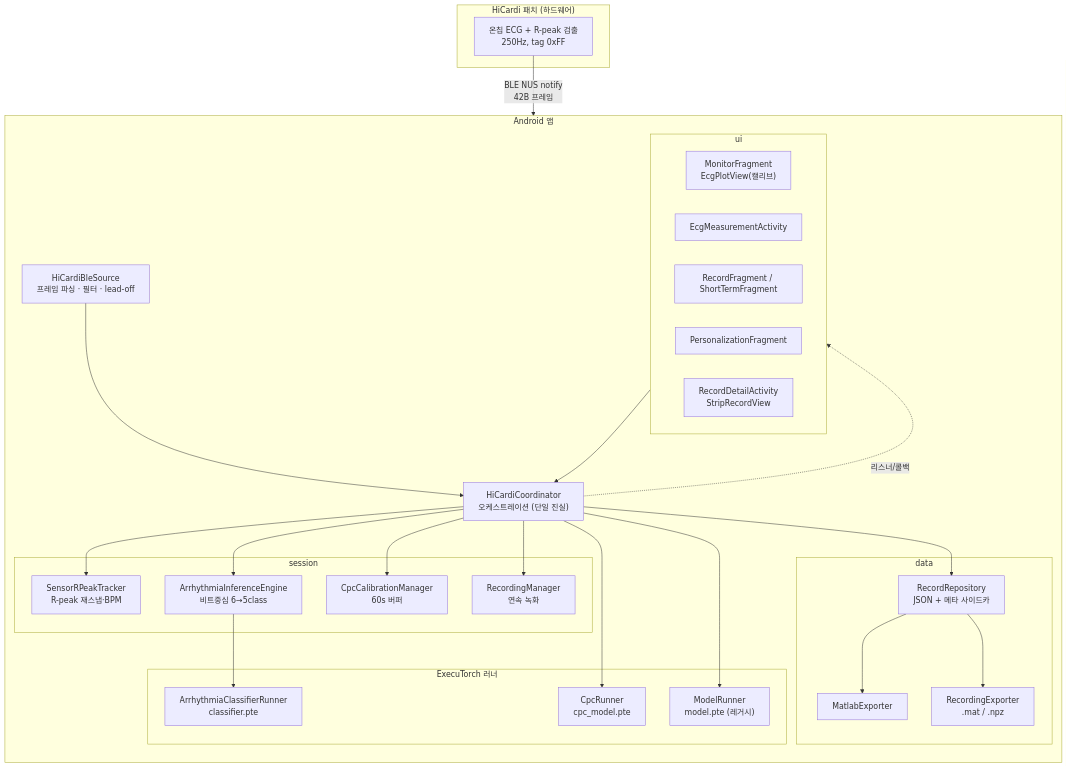
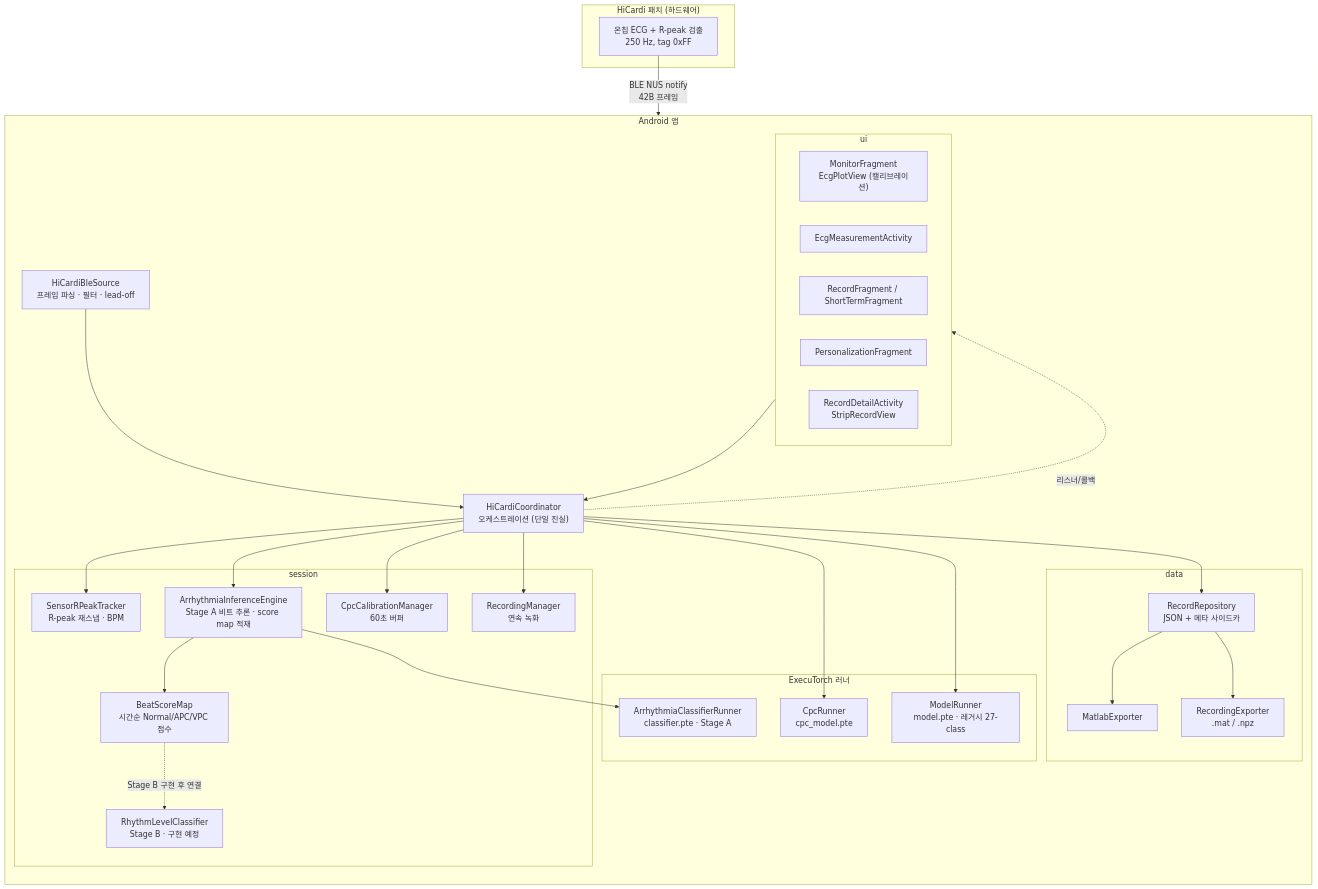
Before and after one commit to h4xryu/ECG-Realtime-monitor: the first of 12 diagrams in docs/DESIGN_SPEC.md, drawn with Mermaid. The commit also changed other lines of this file, not shown here.

````diff
--- a/docs/DESIGN_SPEC.md
+++ b/docs/DESIGN_SPEC.md
@@ -16,49 +99,59 @@
 ```mermaid
 flowchart TB
   subgraph Device["HiCardi 패치 (하드웨어)"]
-    SENS["온칩 ECG + R-peak 검출<br/>250Hz, tag 0xFF"]
+    SENS["온칩 ECG + R-peak 검출<br/>250 Hz, tag 0xFF"]
   end
+
   SENS -- "BLE NUS notify<br/>42B 프레임" --> BLE
 
   subgraph App["Android 앱"]
     direction TB
     BLE["HiCardiBleSource<br/>프레임 파싱 · 필터 · lead-off"]
     COORD["HiCardiCoordinator<br/>오케스트레이션 (단일 진실)"]
+
     subgraph Session["session"]
-      RPT["SensorRPeakTracker<br/>R-peak 재스냅·BPM"]
-      AIE["ArrhythmiaInferenceEngine<br/>비트중심 6→5class"]
-      CPCM["CpcCalibrationManager<br/>60s 버퍼"]
+      RPT["SensorRPeakTracker<br/>R-peak 재스냅 · BPM"]
+      AIE["ArrhythmiaInferenceEngine<br/>Stage A 비트 추론 · score map 적재"]
+      BSM["BeatScoreMap<br/>시간순 Normal/APC/VPC 점수"]
+      RLC["RhythmLevelClassifier<br/>Stage B · 구현 예정"]
+      CPCM["CpcCalibrationManager<br/>60초 버퍼"]
       RECM["RecordingManager<br/>연속 녹화"]
     end
+
     subgraph Runners["ExecuTorch 러너"]
       CPCR["CpcRunner<br/>cpc_model.pte"]
-      CLS["ArrhythmiaClassifierRunner<br/>classifier.pte"]
-      MR["ModelRunner<br/>model.pte (레거시)"]
+      CLS["ArrhythmiaClassifierRunner<br/>classifier.pte · Stage A"]
+      MR["ModelRunner<br/>model.pte · 레거시 27-class"]
     end
+
     subgraph DataLayer["data"]
       REPO["RecordRepository<br/>JSON + 메타 사이드카"]
       MATX["MatlabExporter"]
       RECX["RecordingExporter<br/>.mat / .npz"]
     end
+
     subgraph UILayer["ui"]
-      MON["MonitorFragment<br/>EcgPlotView(캘리브)"]
+      MON["MonitorFragment<br/>EcgPlotView (캘리브레이션)"]
       MEAS["EcgMeasurementActivity"]
       REC["RecordFragment / ShortTermFragment"]
       PERS["PersonalizationFragment"]
       DET["RecordDetailActivity<br/>StripRecordView"]
     end
+
     BLE --> COORD
     COORD --> RPT
     COORD --> AIE
     COORD --> CPCM
     COORD --> RECM
     AIE --> CLS
+    AIE --> BSM
+    BSM -. "Stage B 구현 후 연결" .-> RLC
     COORD --> CPCR
     COORD --> MR
     COORD --> REPO
     REPO --> MATX
     REPO --> RECX
-    COORD -. 리스너/콜백 .-> UILayer
+    COORD -. "리스너/콜백" .-> UILayer
     UILayer --> COORD
   end
 ```
````
